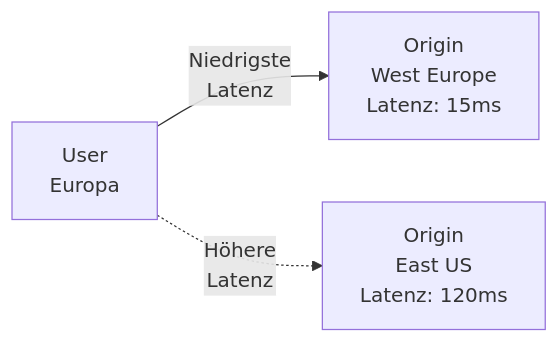
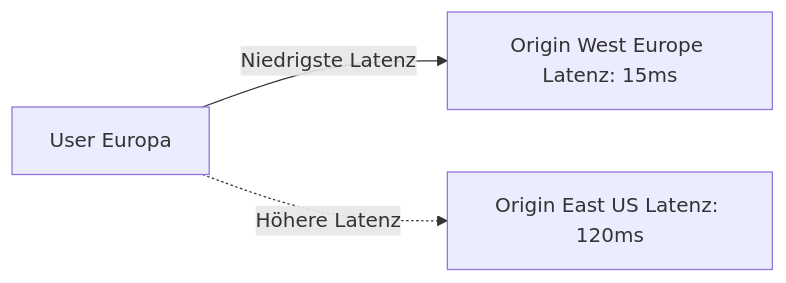
The second of 6 diagrams in Microsoft 365/Azure/Netzwerk/Azure Front Door.md (SoniiiT/notes-n-docs), drawn with Mermaid before and after one commit. The commit also changed other lines of this file and 124 other files, not shown here.

First line of the commit message:
fix: Entferne \n aus allen Mermaid-Diagrammen (125 Dateien)

````diff
--- a/Microsoft 365/Azure/Netzwerk/Azure Front Door.md
+++ b/Microsoft 365/Azure/Netzwerk/Azure Front Door.md
@@ -69,5 +69,5 @@
 ```mermaid
 graph LR
-    USER[User\nEuropa] -->|Niedrigste\nLatenz| WE[Origin\nWest Europe\nLatenz: 15ms]
-    USER -.->|Höhere\nLatenz| EUS[Origin\nEast US\nLatenz: 120ms]
+    USER[User Europa] -->|Niedrigste Latenz| WE[Origin West Europe Latenz: 15ms]
+    USER -.->|Höhere Latenz| EUS[Origin East US Latenz: 120ms]
 ```
````
